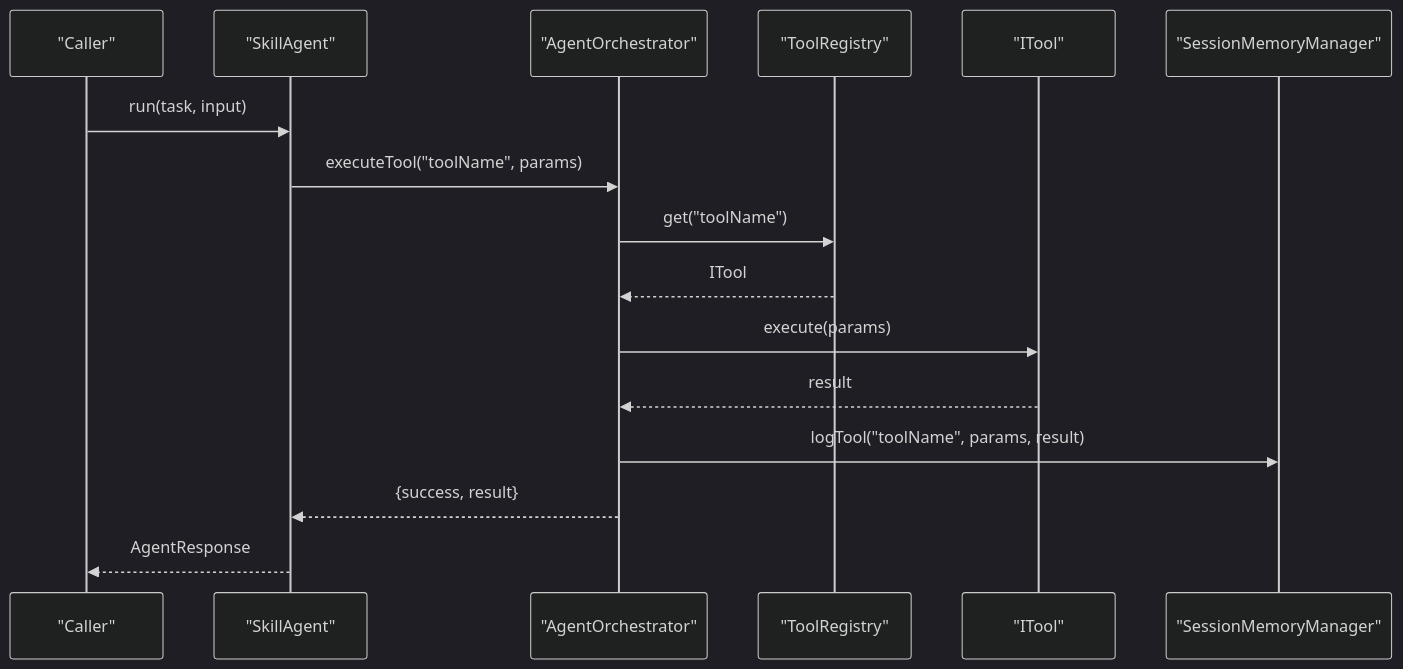
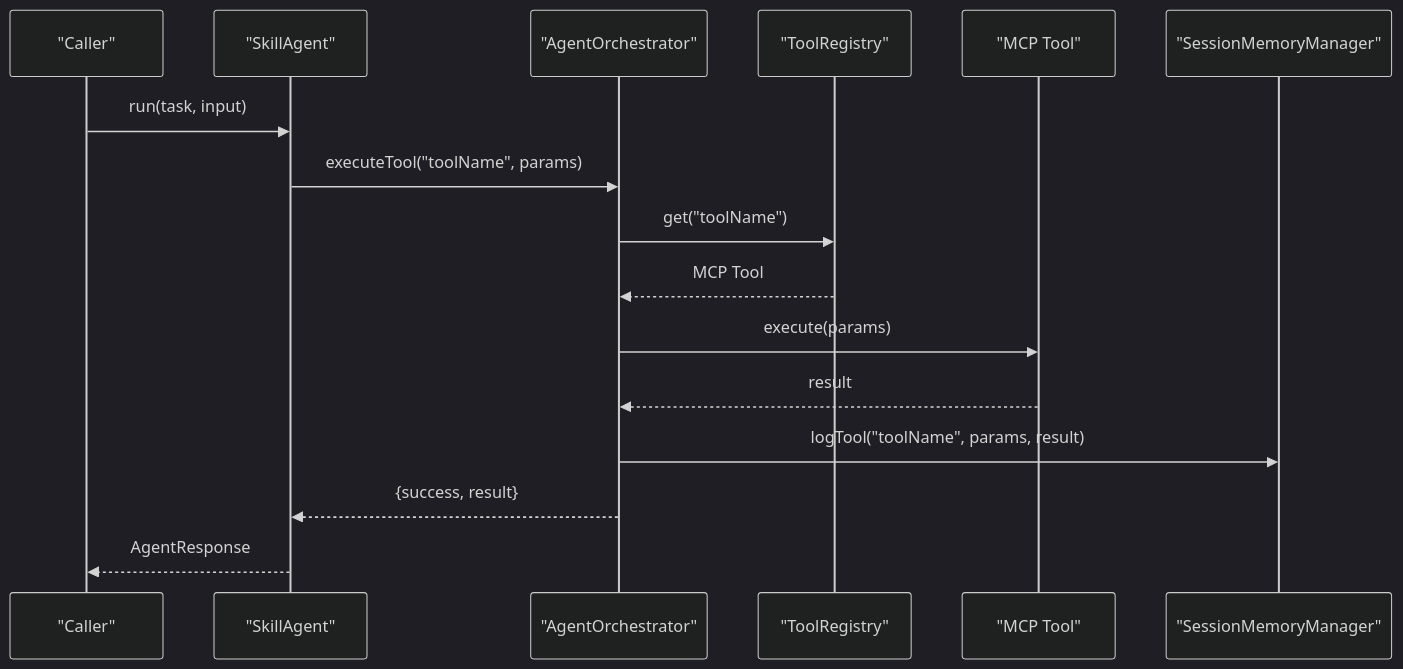
Before and after one commit to DoVuDung/cv-portfolio-builder: the third of 9 diagrams in .qoder/repowiki/en/content/AI Agent System.md, drawn with Mermaid (dark theme). The commit also changed other lines of this file and 26 other files, not shown here.

First line of the commit message:
docs(agent): update AI Agent System with MCP tool architecture and CV Builder integration

````diff
--- a/.qoder/repowiki/en/content/AI Agent System.md
+++ b/.qoder/repowiki/en/content/AI Agent System.md
@@ -245,18 +256,18 @@
 ```mermaid
 sequenceDiagram
 participant Client as "Caller"
 participant Agent as "SkillAgent"
 participant Orchestrator as "AgentOrchestrator"
 participant Registry as "ToolRegistry"
-participant Tool as "ITool"
+participant Tool as "MCP Tool"
 participant SessionMem as "SessionMemoryManager"
 Client->>Agent : run(task, input)
 Agent->>Orchestrator : executeTool("toolName", params)
 Orchestrator->>Registry : get("toolName")
-Registry-->>Orchestrator : ITool
+Registry-->>Orchestrator : MCP Tool
 Orchestrator->>Tool : execute(params)
 Tool-->>Orchestrator : result
 Orchestrator->>SessionMem : logTool("toolName", params, result)
 Orchestrator-->>Agent : {success, result}
 Agent-->>Client : AgentResponse
 ```
````
